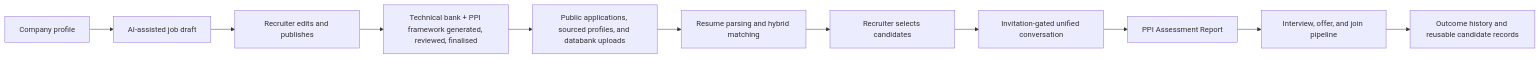
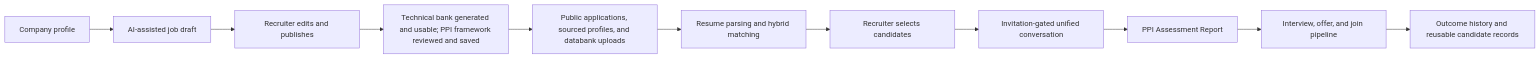
Before and after one commit to HanuLisa-Technologies-LLP/pickready: the diagram in docs/PRD.md, drawn with Mermaid. The commit also changed other lines of this file and 1 other file, not shown here.

````diff
--- a/docs/PRD.md
+++ b/docs/PRD.md
@@ -86,13 +86,13 @@
 ```mermaid
 flowchart LR
     A["Company profile"] --> B["AI-assisted job draft"]
     B --> C["Recruiter edits and publishes"]
-    C --> C2["Technical bank + PPI framework generated, reviewed, finalised"]
+    C --> C2["Technical bank generated and usable; PPI framework reviewed and saved"]
     C2 --> D["Public applications, sourced profiles, and databank uploads"]
     D --> E["Resume parsing and hybrid matching"]
     E --> F["Recruiter selects candidates"]
     F --> G["Invitation-gated unified conversation"]
     G --> H["PPI Assessment Report"]
     H --> I["Interview, offer, and join pipeline"]
     I --> J["Outcome history and reusable candidate records"]
 ```
````
